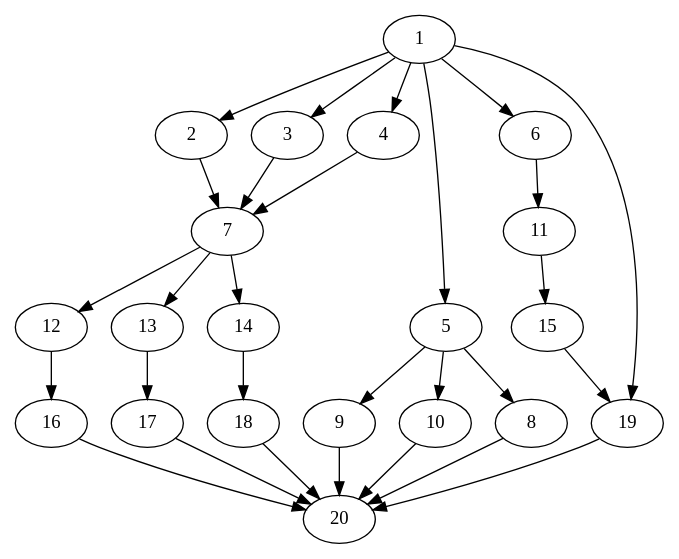
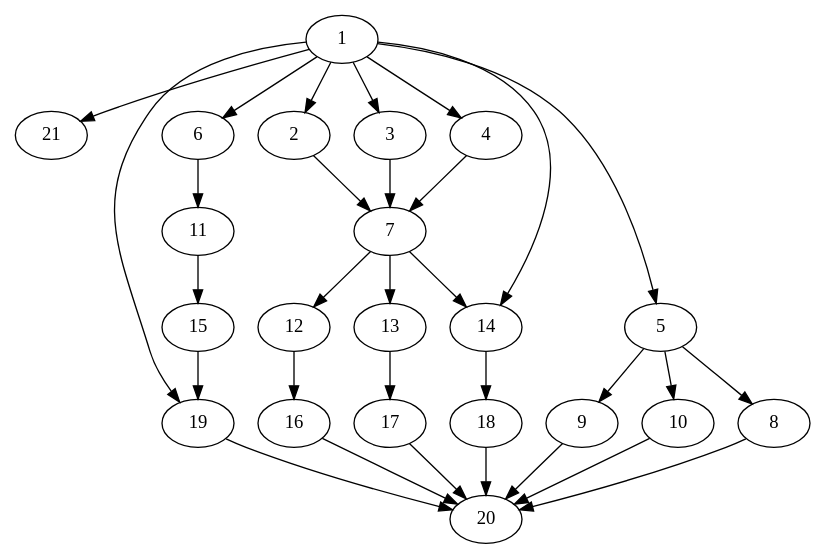
The diagram in data/1.dot (kmandelbaum/yagvis), drawn with Graphviz before and after one commit. The commit also changed 1 other file, not shown here.

```diff
--- a/data/1.dot
+++ b/data/1.dot
@@ -1,30 +1,32 @@
 digraph graph2 {
+    1 -> 21
     1 -> 2
     1 -> 3
     1 -> 4
     1 -> 5
     1 -> 6
     1 -> 19
     2 -> 7
     3 -> 7
     4 -> 7
     7 -> 12
     7 -> 13
     7 -> 14
     12 -> 16
     13 -> 17
     14 -> 18
     16 -> 20
     17 -> 20
     18 -> 20
     5 -> 9
     5 -> 10 
     5 -> 8
     8 -> 20
     9 -> 20
     10 -> 20
     6 -> 11
     11 -> 15
     15 -> 19
     19 -> 20
+    1 -> 14
 }
```
